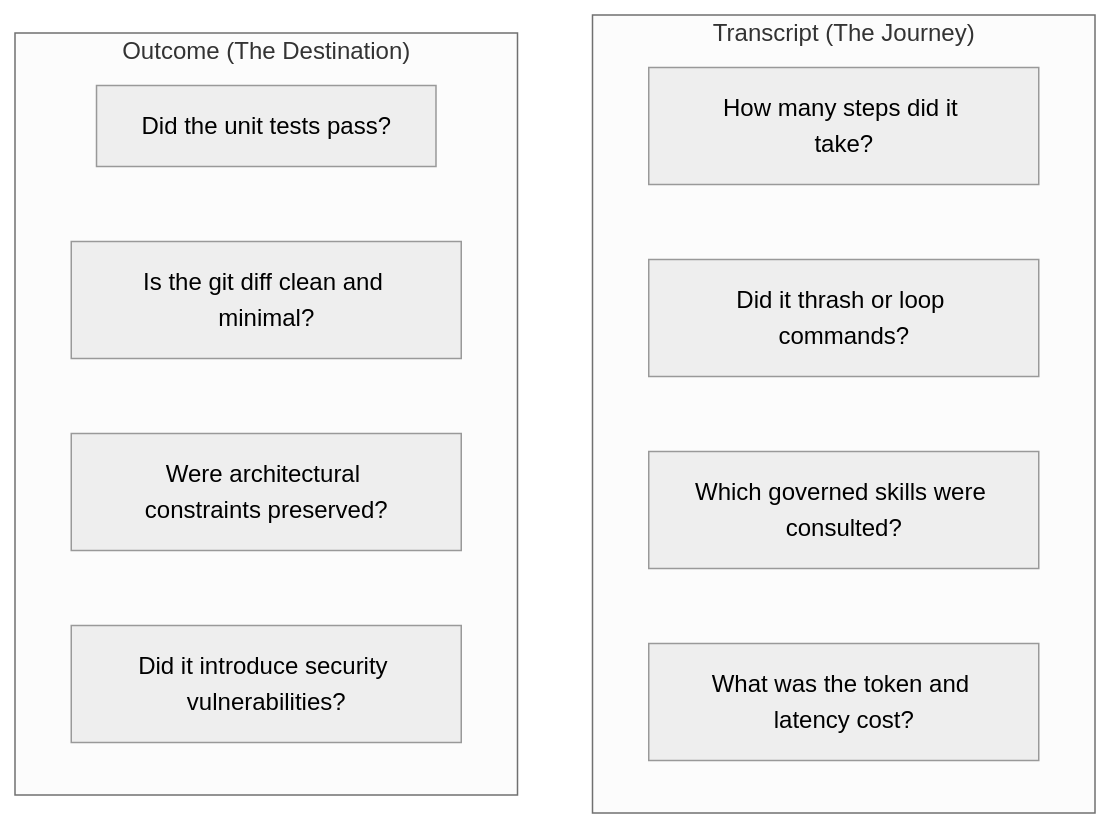
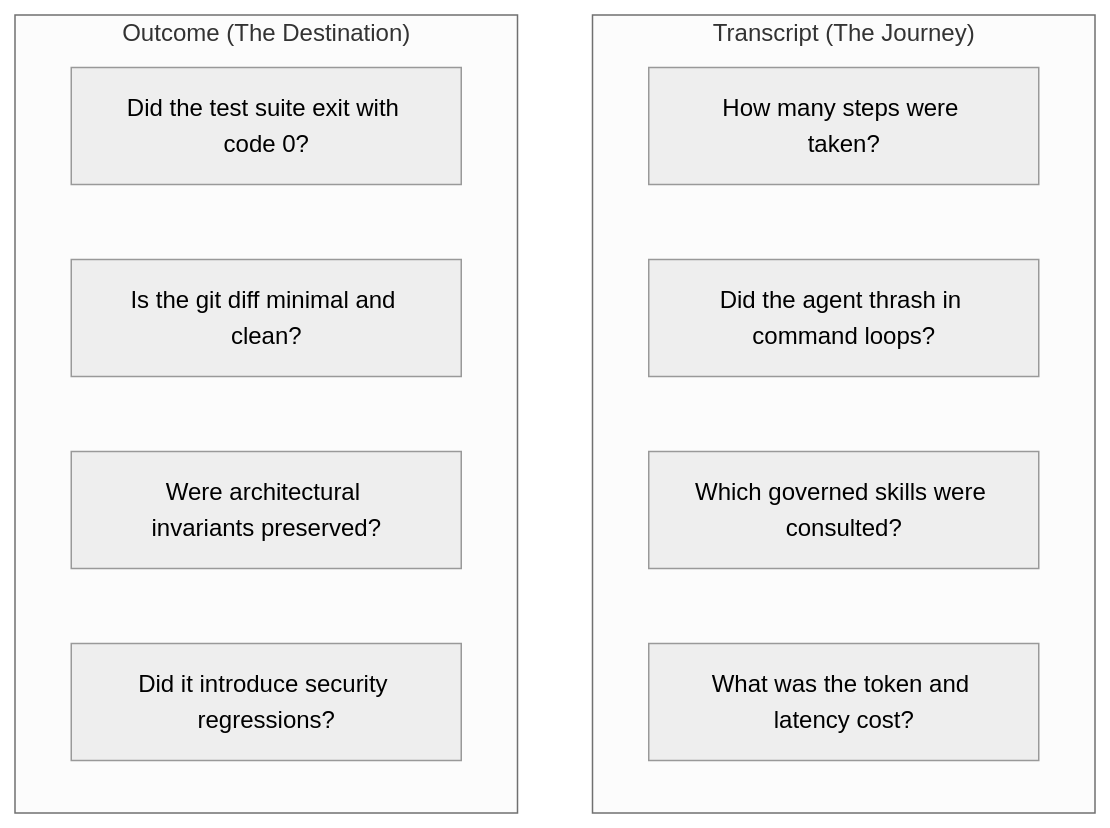
The first of 3 diagrams in docs/en/evaluation/what-is-an-eval.md (marcosdh1987/harness-engineering-guide), drawn with Mermaid (neutral theme) before and after one commit. The commit also changed other lines of this file and 120 other files, not shown here.

````diff
--- a/docs/en/evaluation/what-is-an-eval.md
+++ b/docs/en/evaluation/what-is-an-eval.md
@@ -35,16 +52,16 @@
 ```mermaid
 flowchart TB
     subgraph T["Transcript (The Journey)"]
-        T1["How many steps did it take?"]
-        T2["Did it thrash or loop commands?"]
+        T1["How many steps were taken?"]
+        T2["Did the agent thrash in command loops?"]
         T3["Which governed skills were consulted?"]
         T4["What was the token and latency cost?"]
     end
 
     subgraph O["Outcome (The Destination)"]
-        O1["Did the unit tests pass?"]
-        O2["Is the git diff clean and minimal?"]
-        O3["Were architectural constraints preserved?"]
-        O4["Did it introduce security vulnerabilities?"]
+        O1["Did the test suite exit with code 0?"]
+        O2["Is the git diff minimal and clean?"]
+        O3["Were architectural invariants preserved?"]
+        O4["Did it introduce security regressions?"]
     end
 ```
````
